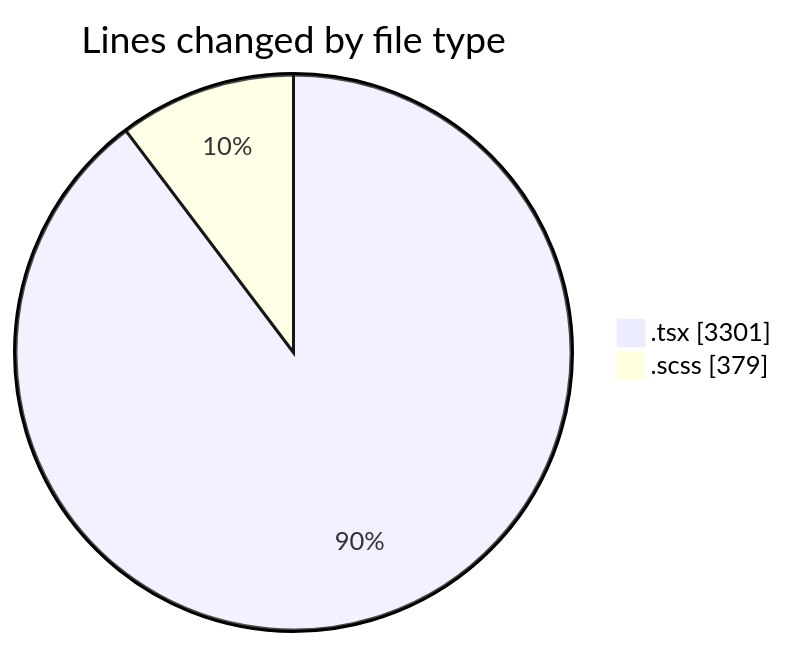
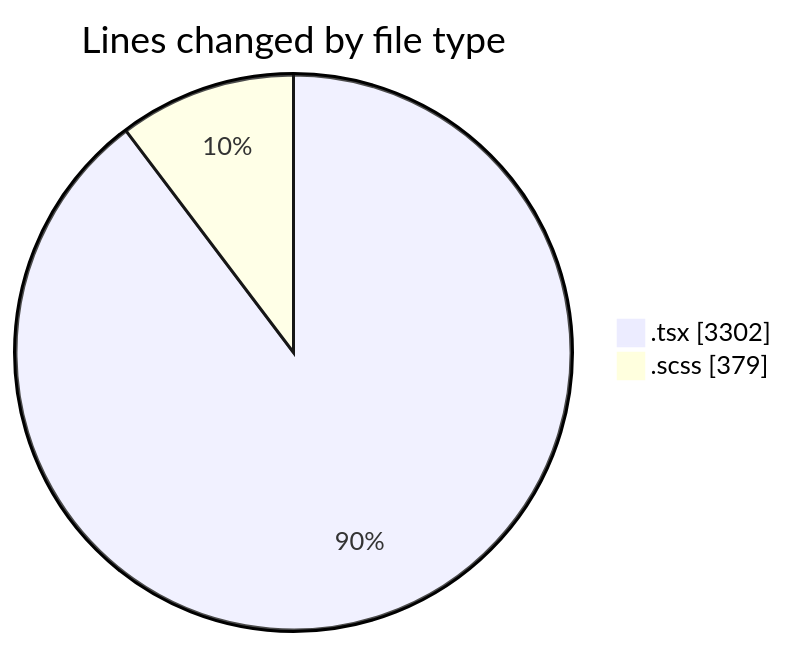
The first of 2 diagrams in 2025-09-30/cda/README.md (momahboobian/code-tracking), drawn with Mermaid before and after one commit. The commit also changed other lines of this file and 1 other file, not shown here.

````diff
--- a/2025-09-30/cda/README.md
+++ b/2025-09-30/cda/README.md
@@ -24,6 +24,6 @@
 ```mermaid
 pie showData
 title Lines changed by file type
-".tsx" : 3301
+".tsx" : 3302
 ".scss" : 379
 ```
````
